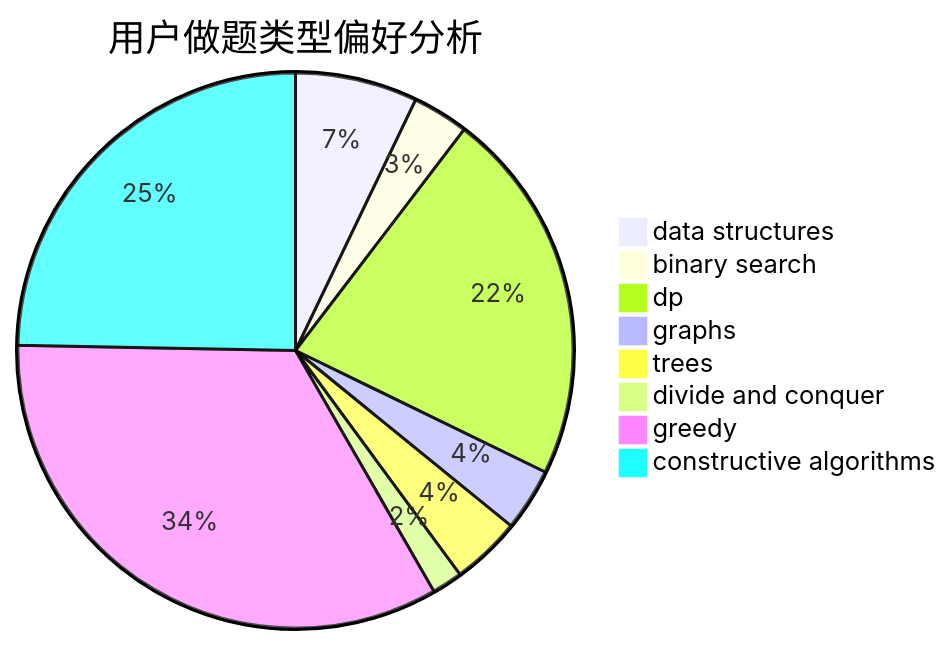
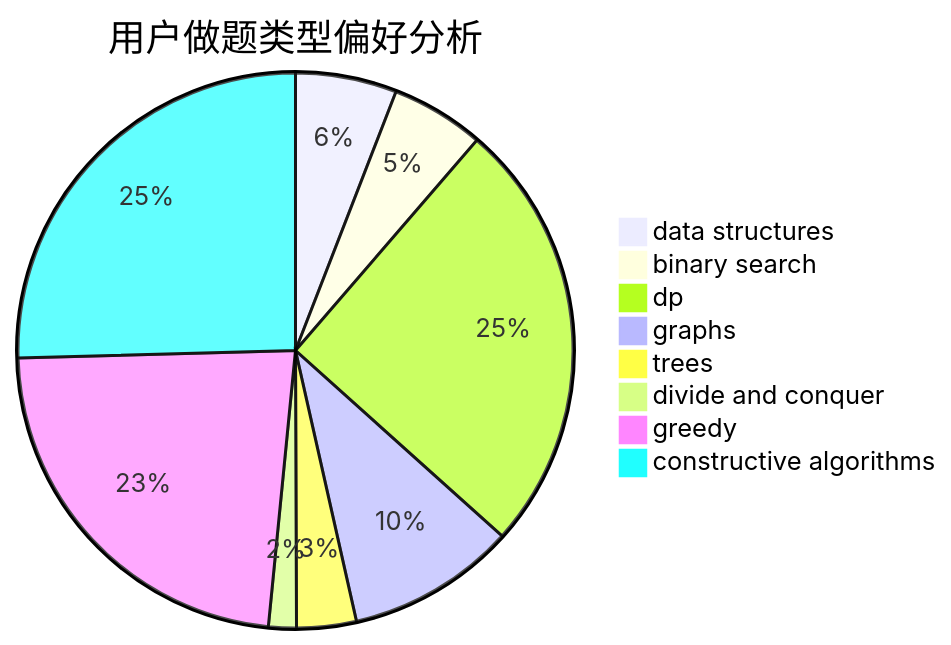
Before and after one commit to sherpahu/cfrs.github.io: the second of 3 diagrams in docs/user/u1654.md, drawn with Mermaid. The commit also changed other lines of this file and 2770 other files, not shown here.

````diff
--- a/docs/user/u1654.md
+++ b/docs/user/u1654.md
@@ -23,11 +23,11 @@
 ```mermaid
 pie title 用户做题类型偏好分析
-    "data structures" :  72
-    "binary search" :  33
-    "dp" :  221
-    "graphs" :  37
-    "trees" :  41
-    "divide and conquer" :  18
-    "greedy" :  340
-    "constructive algorithms" :  250
+    "data structures" :  51
+    "binary search" :  47
+    "dp" :  219
+    "graphs" :  85
+    "trees" :  30
+    "divide and conquer" :  14
+    "greedy" :  199
+    "constructive algorithms" :  220
 ```
````
